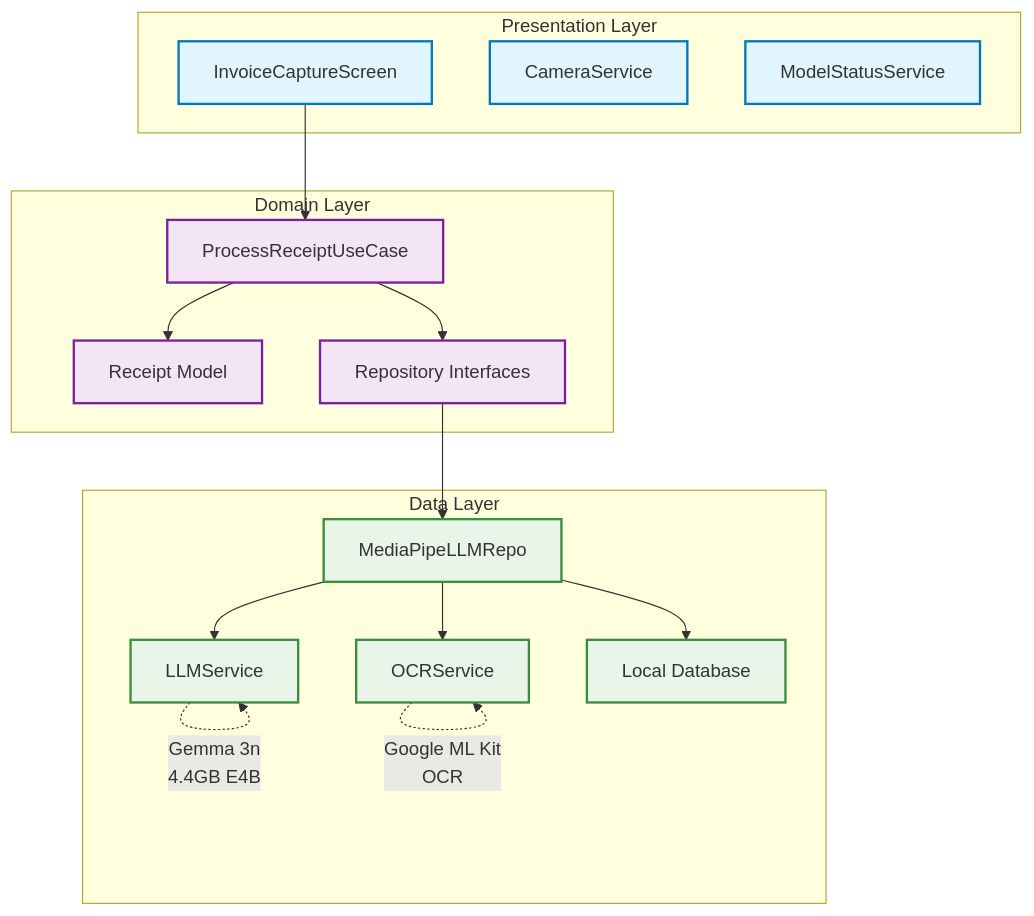
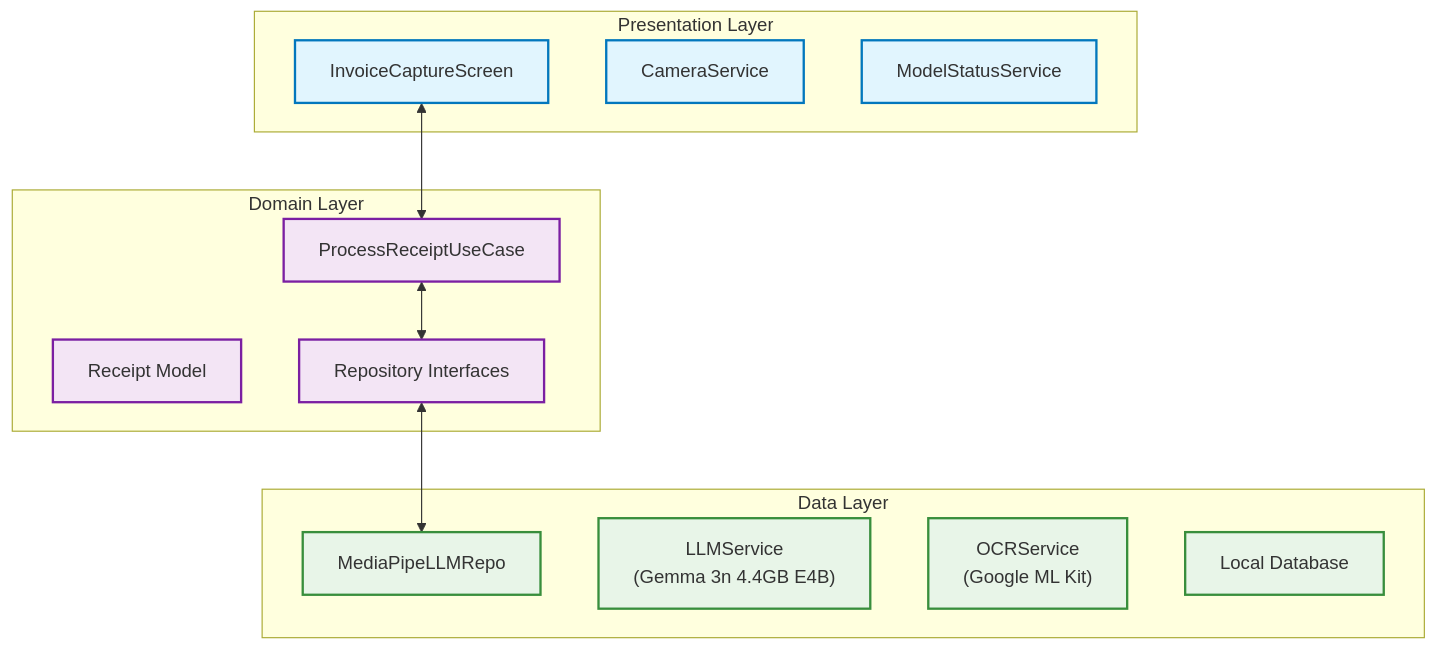
One commit to gryphon2411/Checkstand changed the diagram in docs/TECHNICAL_WRITEUP_BRIEF.md. Above: the diagram before and after it, drawn with Mermaid.

Commit message:
Finish architecture diagram

````diff
--- a/docs/TECHNICAL_WRITEUP_BRIEF.md
+++ b/docs/TECHNICAL_WRITEUP_BRIEF.md
@@ -37,40 +37,33 @@
 ```mermaid
 graph TD
     subgraph "Presentation Layer"
         A[InvoiceCaptureScreen]
         B[CameraService] 
         C[ModelStatusService]
     end
     
     subgraph "Domain Layer"
         D[ProcessReceiptUseCase]
         E[Receipt Model]
         F[Repository Interfaces]
     end
     
     subgraph "Data Layer"
         G[MediaPipeLLMRepo]
-        H[LLMService]
-        I[OCRService]
+        H["LLMService<br/>(Gemma 3n 4.4GB E4B)"]
+        I["OCRService<br/>(Google ML Kit)"]
         J[Local Database]
     end
     
-    A --> D
-    D --> E
-    D --> F
-    F --> G
-    G --> H
-    G --> I
-    G --> J
-    
-    H -.->|"Gemma 3n<br/>4.4GB E4B"| H
-    I -.->|"Google ML Kit<br/>OCR"| I
+    A <--> D
+    D <--> F
+    F <--> G
     
     classDef presentation fill:#e1f5fe,stroke:#0277bd,stroke-width:2px
     classDef domain fill:#f3e5f5,stroke:#7b1fa2,stroke-width:2px
     classDef data fill:#e8f5e8,stroke:#388e3c,stroke-width:2px
     
     class A,B,C presentation
     class D,E,F domain
     class G,H,I,J data
 ```
````
